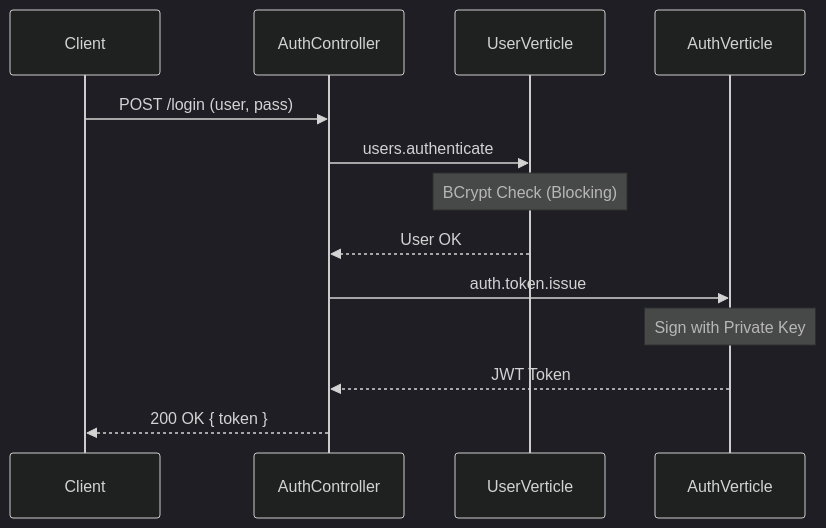
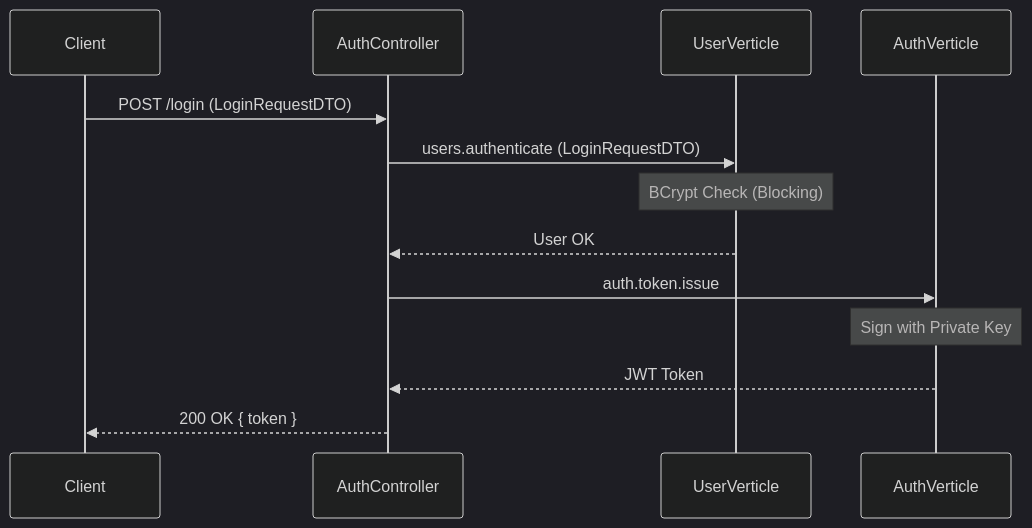
Before and after one commit to ZiadAtari/Reactive_RestAPI: the first of 2 diagrams in Documentation/Systems/Authentication.md, drawn with Mermaid (dark theme). The commit also changed 30 other files, not shown here.

````diff
--- a/Documentation/Systems/Authentication.md
+++ b/Documentation/Systems/Authentication.md
@@ -41,16 +41,16 @@
 ```mermaid
 sequenceDiagram
     participant Client
     participant AuthCtrl as AuthController
     participant UserV as UserVerticle
     participant AuthV as AuthVerticle
 
-    Client->>AuthCtrl: POST /login (user, pass)
-    AuthCtrl->>UserV: users.authenticate
+    Client->>AuthCtrl: POST /login (LoginRequestDTO)
+    AuthCtrl->>UserV: users.authenticate (LoginRequestDTO)
     Note over UserV: BCrypt Check (Blocking)
     UserV-->>AuthCtrl: User OK
     AuthCtrl->>AuthV: auth.token.issue
     Note over AuthV: Sign with Private Key
     AuthV-->>AuthCtrl: JWT Token
     AuthCtrl-->>Client: 200 OK { token }
 ```
````
